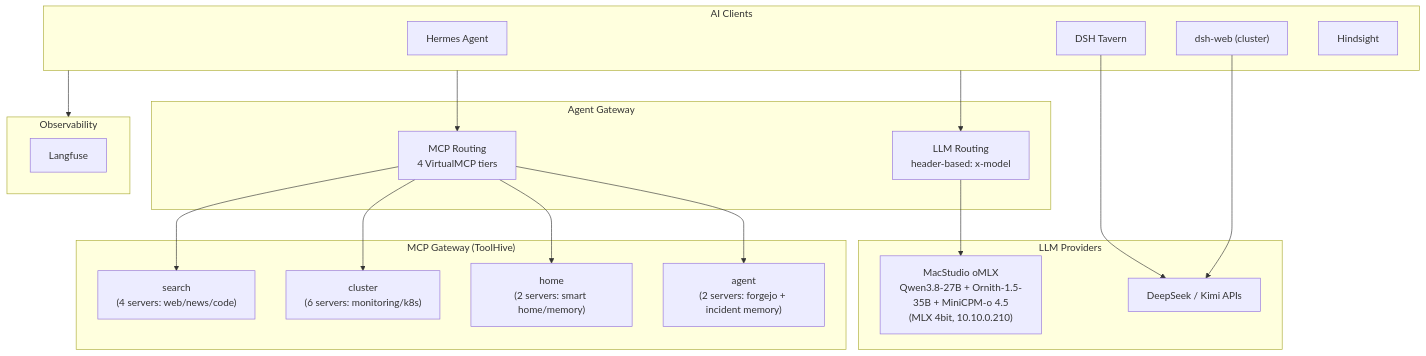
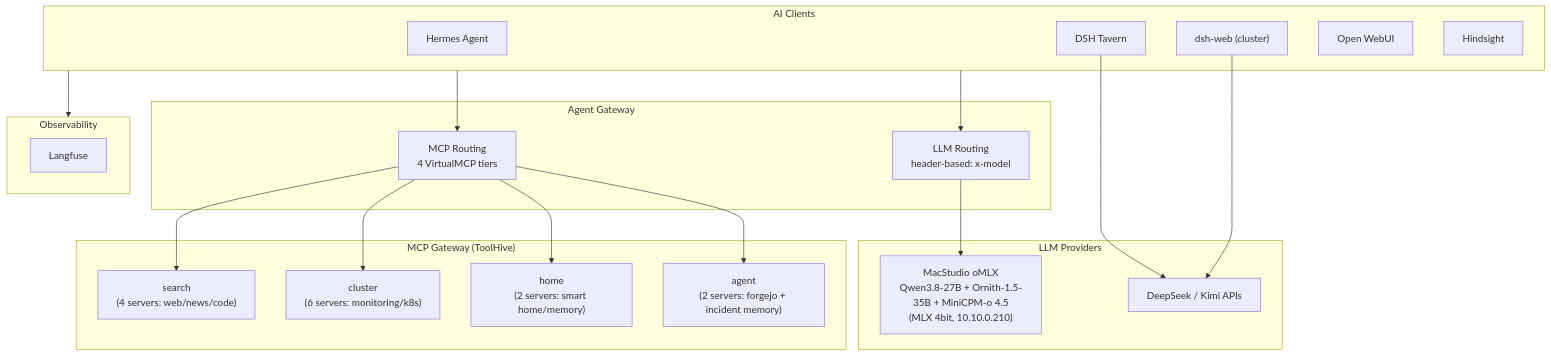
The diagram in docs/application/ai.md (soulwhisper/home-ops), drawn with Mermaid before and after one commit. The commit also changed other lines of this file and 44 other files, not shown here.

First line of the commit message:
feat(open-webui): restore chat portal and move dsh-web (#4396)

````diff
--- a/docs/application/ai.md
+++ b/docs/application/ai.md
@@ -8,41 +8,42 @@
 ```mermaid
 flowchart TB
     subgraph Clients["AI Clients"]
         Hermes["Hermes Agent"]
         Tavern["DSH Tavern"]
         DSHW["dsh-web (cluster)"]
+        OWUI["Open WebUI"]
         HS["Hindsight"]
     end
 
     subgraph Gateway["Agent Gateway"]
         AG-LLM["LLM Routing<br/>header-based: x-model"]
         AG-MCP["MCP Routing<br/>4 VirtualMCP tiers"]
     end
 
     subgraph LLM["LLM Providers"]
         Studio["MacStudio oMLX<br/>Qwen3.8-27B + Ornith-1.5-35B + MiniCPM-o 4.5<br/>(MLX 4bit, 10.10.0.210)"]
         External["DeepSeek / Kimi APIs"]
     end
 
     subgraph MCP["MCP Gateway (ToolHive)"]
         VMCP-SEARCH["search<br/>(4 servers: web/news/code)"]
         VMCP-CLUSTER["cluster<br/>(6 servers: monitoring/k8s)"]
         VMCP-HOME["home<br/>(2 servers: smart home/memory)"]
         VMCP-AGENT["agent<br/>(2 servers: forgejo + incident memory)"]
     end
 
     subgraph Obs["Observability"]
         Langfuse["Langfuse"]
     end
 
     Clients --> AG-LLM
     Clients --> AG-MCP
     AG-LLM --> Studio
     AG-MCP --> VMCP-SEARCH
     AG-MCP --> VMCP-CLUSTER
     AG-MCP --> VMCP-HOME
     AG-MCP --> VMCP-AGENT
     Tavern --> External
     DSHW --> External
     Clients --> Obs
 ```
````
